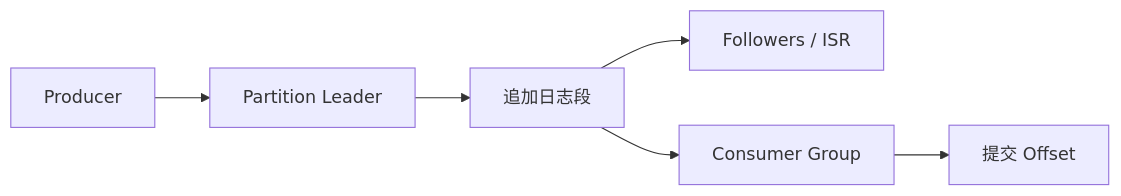
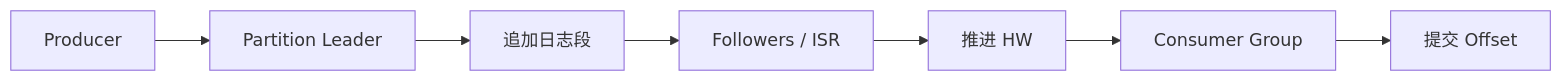
The second of 2 diagrams in 20-architecture/29-kafka-event-streaming-treatise.md (xiaxinyu/knowledge_base), drawn with Mermaid before and after one commit. The commit also changed other lines of this file, not shown here.

````diff
--- a/20-architecture/29-kafka-event-streaming-treatise.md
+++ b/20-architecture/29-kafka-event-streaming-treatise.md
@@ -225,8 +252,9 @@
 ```mermaid
 flowchart LR
   P[Producer] --> L[Partition Leader]
   L --> Log[追加日志段]
   Log --> F[Followers / ISR]
-  Log --> C[Consumer Group]
+  F --> HW[推进 HW]
+  HW --> C[Consumer Group]
   C --> Off[提交 Offset]
 ```
````
